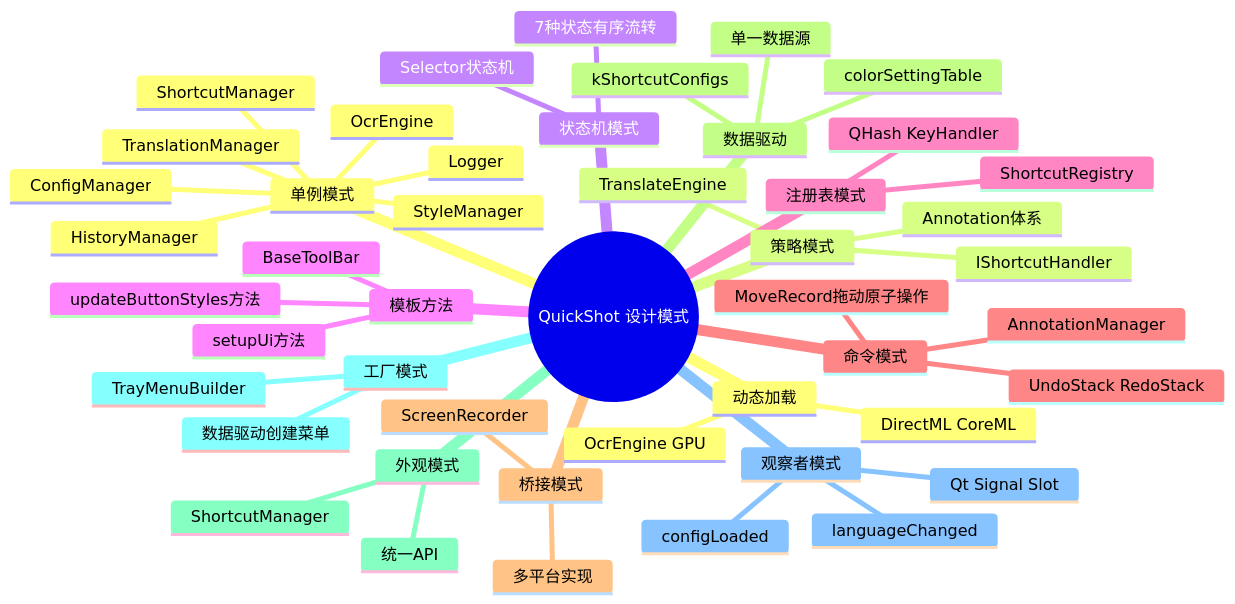
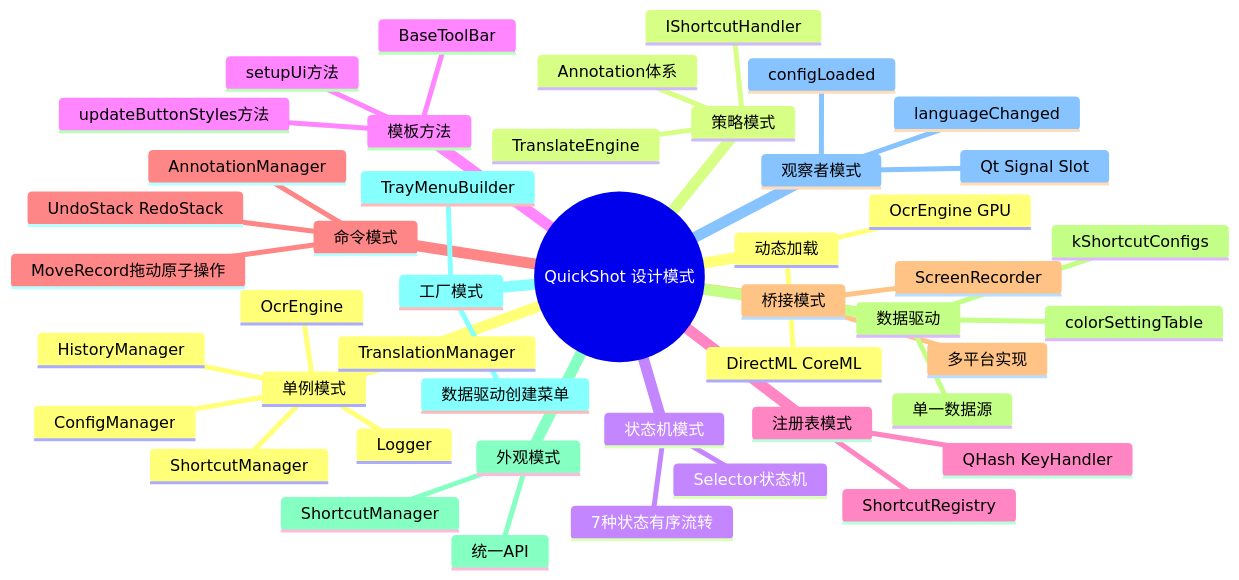
Diagram 22 of 35 in docs/architecture.md (ChiangyangNPU/quick-shot), drawn with Mermaid before and after one commit. The commit also changed other lines of this file and 3 other files, not shown here.

````diff
--- a/docs/architecture.md
+++ b/docs/architecture.md
@@ -2637,50 +2669,49 @@
 ```mermaid
 mindmap
   root((QuickShot 设计模式))
     单例模式
       ConfigManager
-      StyleManager
       TranslationManager
       Logger
       HistoryManager
       OcrEngine
       ShortcutManager
     策略模式
       IShortcutHandler
       TranslateEngine
       Annotation体系
     状态机模式
       Selector状态机
       7种状态有序流转
     模板方法
       BaseToolBar
       setupUi方法
       updateButtonStyles方法
     注册表模式
       ShortcutRegistry
       QHash KeyHandler
     命令模式
       AnnotationManager
       UndoStack RedoStack
       MoveRecord拖动原子操作
     桥接模式
       ScreenRecorder
       多平台实现
     数据驱动
       kShortcutConfigs
       colorSettingTable
       单一数据源
     外观模式
       ShortcutManager
       统一API
     工厂模式
       TrayMenuBuilder
       数据驱动创建菜单
     观察者模式
       Qt Signal Slot
       configLoaded
       languageChanged
     动态加载
       OcrEngine GPU
       DirectML CoreML
 ```
````
